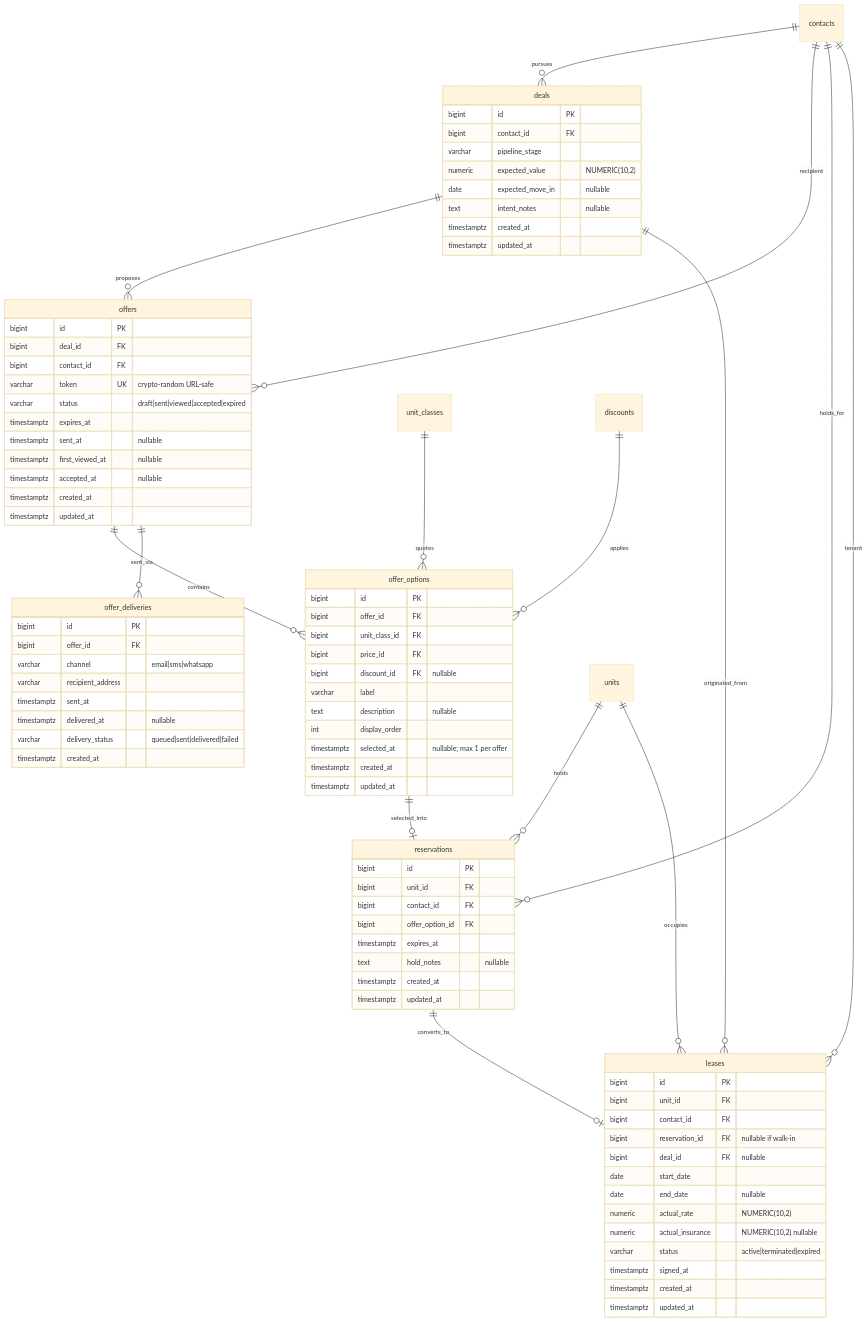
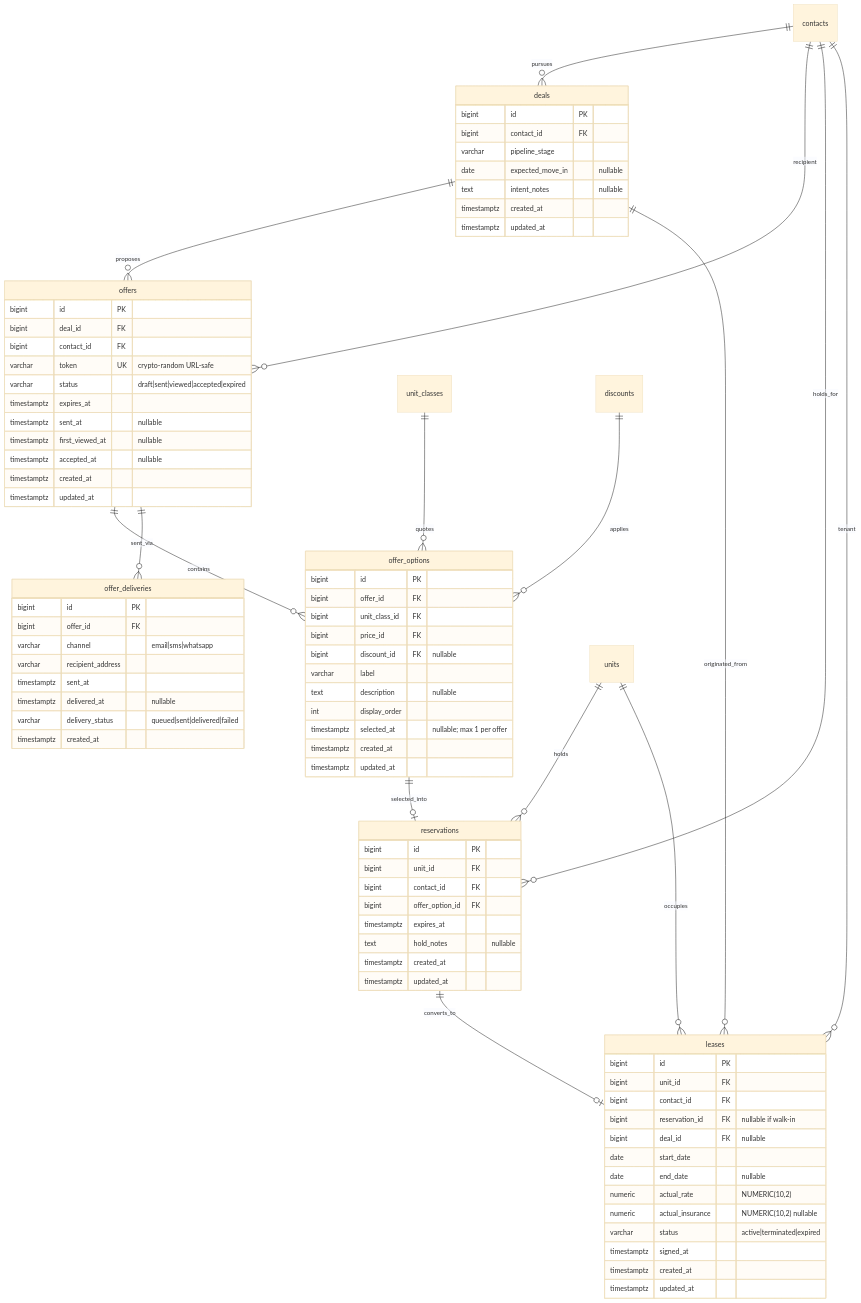
Before and after one commit to MohammadShabaniSBU/unit-hq-api: the eighth of 13 diagrams in docs/erd.md, drawn with Mermaid (base theme). The commit also changed 14 other files, not shown here.

```diff
--- a/docs/erd.md
+++ b/docs/erd.md
@@ -340,7 +340,6 @@
         bigint id PK
         bigint contact_id FK
         varchar pipeline_stage
-        numeric expected_value "NUMERIC(10,2)"
         date expected_move_in "nullable"
         text intent_notes "nullable"
         timestamptz created_at
```
